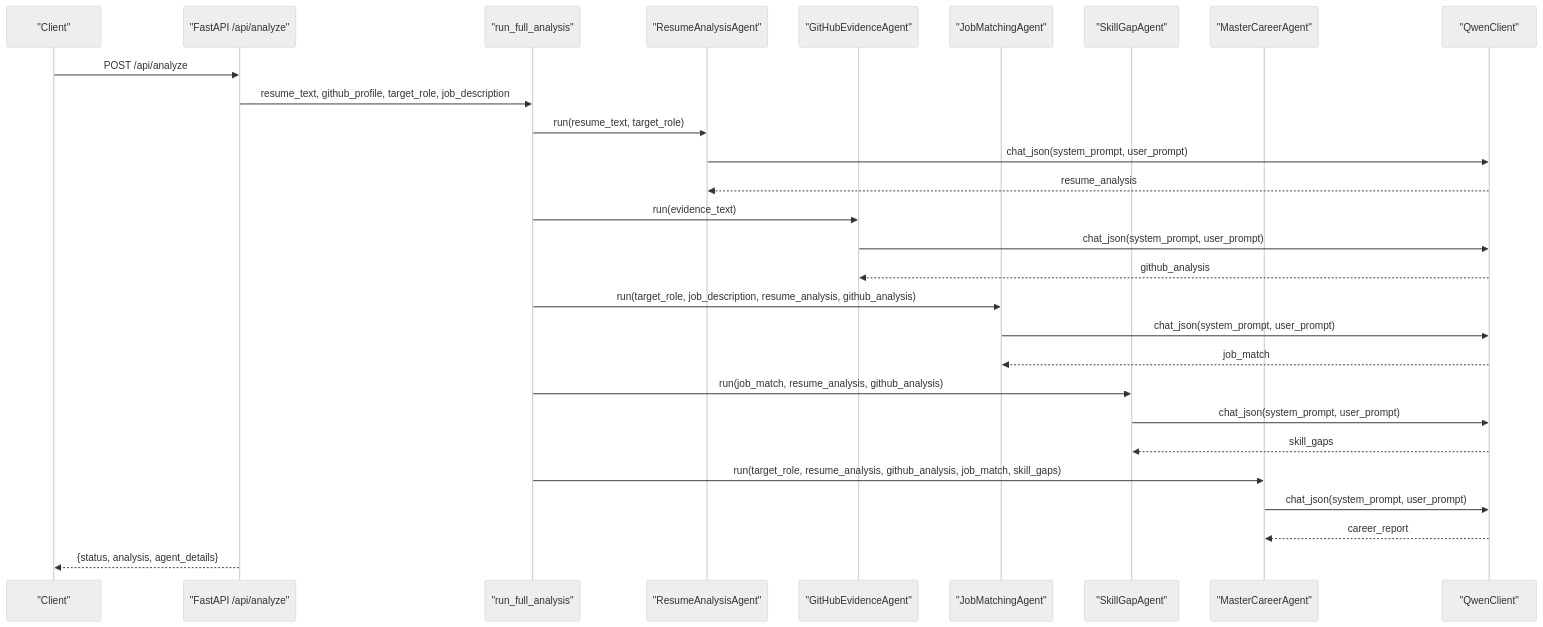
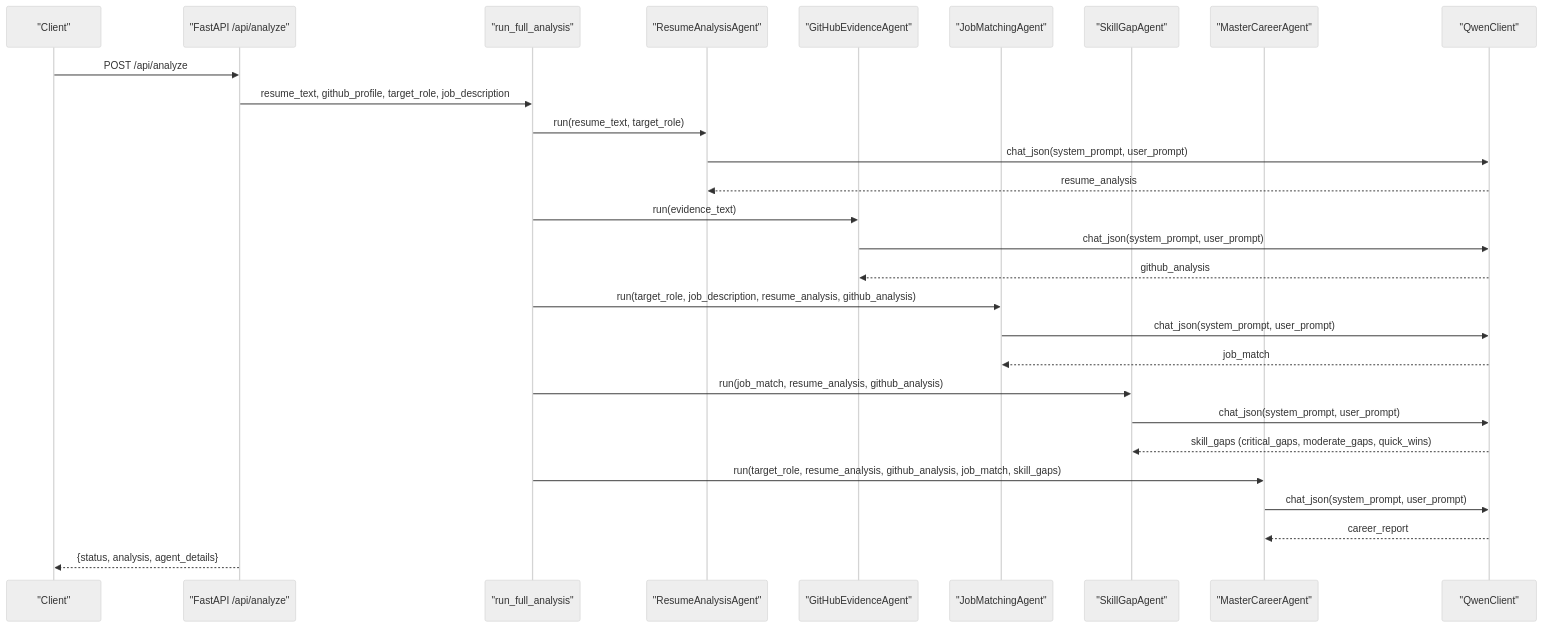
One commit to waqarimran342/CareerOS-AI changed the second of 4 diagrams in .qoder/repowiki/en/content/Multi-Agent System/Skill Gap Agent.md. Above: the diagram before and after it, drawn with Mermaid (neutral theme). The commit also changed other lines of this file and 32 other files, not shown here.

````diff
--- a/.qoder/repowiki/en/content/Multi-Agent System/Skill Gap Agent.md
+++ b/.qoder/repowiki/en/content/Multi-Agent System/Skill Gap Agent.md
@@ -92,30 +102,30 @@
 ```mermaid
 sequenceDiagram
 participant Client as "Client"
 participant API as "FastAPI /api/analyze"
 participant Pipeline as "run_full_analysis"
 participant Resume as "ResumeAnalysisAgent"
 participant GitHub as "GitHubEvidenceAgent"
 participant Job as "JobMatchingAgent"
 participant Gap as "SkillGapAgent"
 participant Master as "MasterCareerAgent"
 participant Qwen as "QwenClient"
 Client->>API : POST /api/analyze
 API->>Pipeline : resume_text, github_profile, target_role, job_description
 Pipeline->>Resume : run(resume_text, target_role)
 Resume->>Qwen : chat_json(system_prompt, user_prompt)
 Qwen-->>Resume : resume_analysis
 Pipeline->>GitHub : run(evidence_text)
 GitHub->>Qwen : chat_json(system_prompt, user_prompt)
 Qwen-->>GitHub : github_analysis
 Pipeline->>Job : run(target_role, job_description, resume_analysis, github_analysis)
 Job->>Qwen : chat_json(system_prompt, user_prompt)
 Qwen-->>Job : job_match
 Pipeline->>Gap : run(job_match, resume_analysis, github_analysis)
 Gap->>Qwen : chat_json(system_prompt, user_prompt)
-Qwen-->>Gap : skill_gaps
+Qwen-->>Gap : skill_gaps (critical_gaps, moderate_gaps, quick_wins)
 Pipeline->>Master : run(target_role, resume_analysis, github_analysis, job_match, skill_gaps)
 Master->>Qwen : chat_json(system_prompt, user_prompt)
 Qwen-->>Master : career_report
 API-->>Client : {status, analysis, agent_details}
 ```
````
